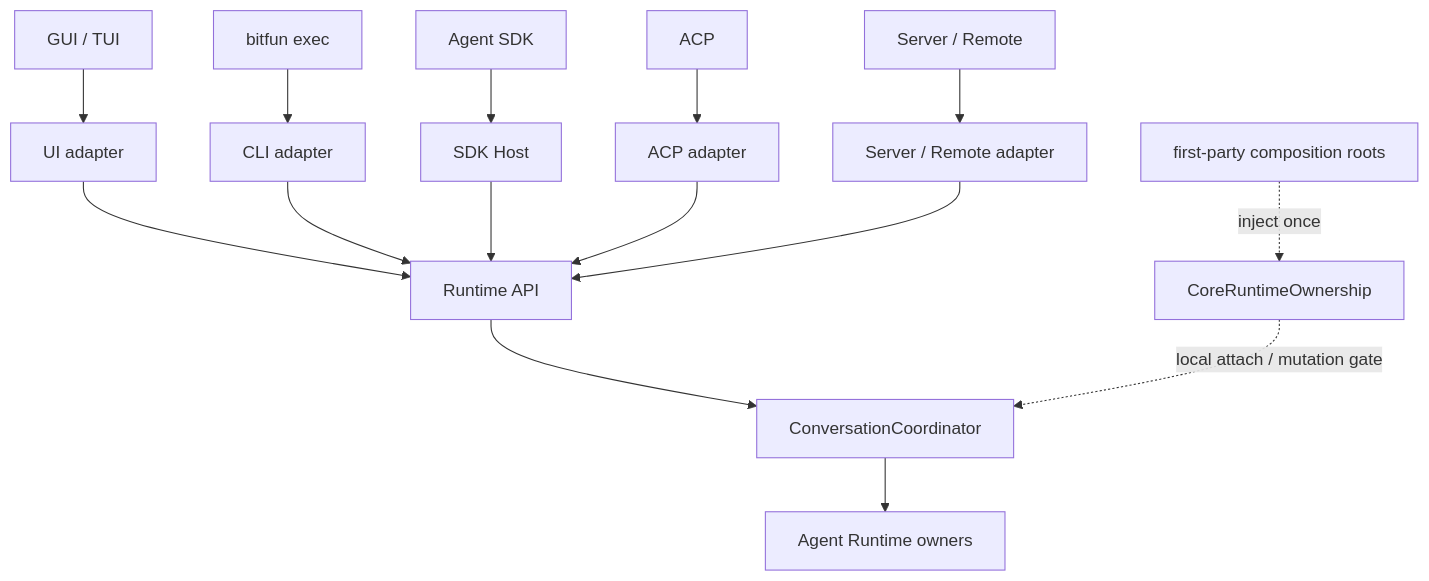
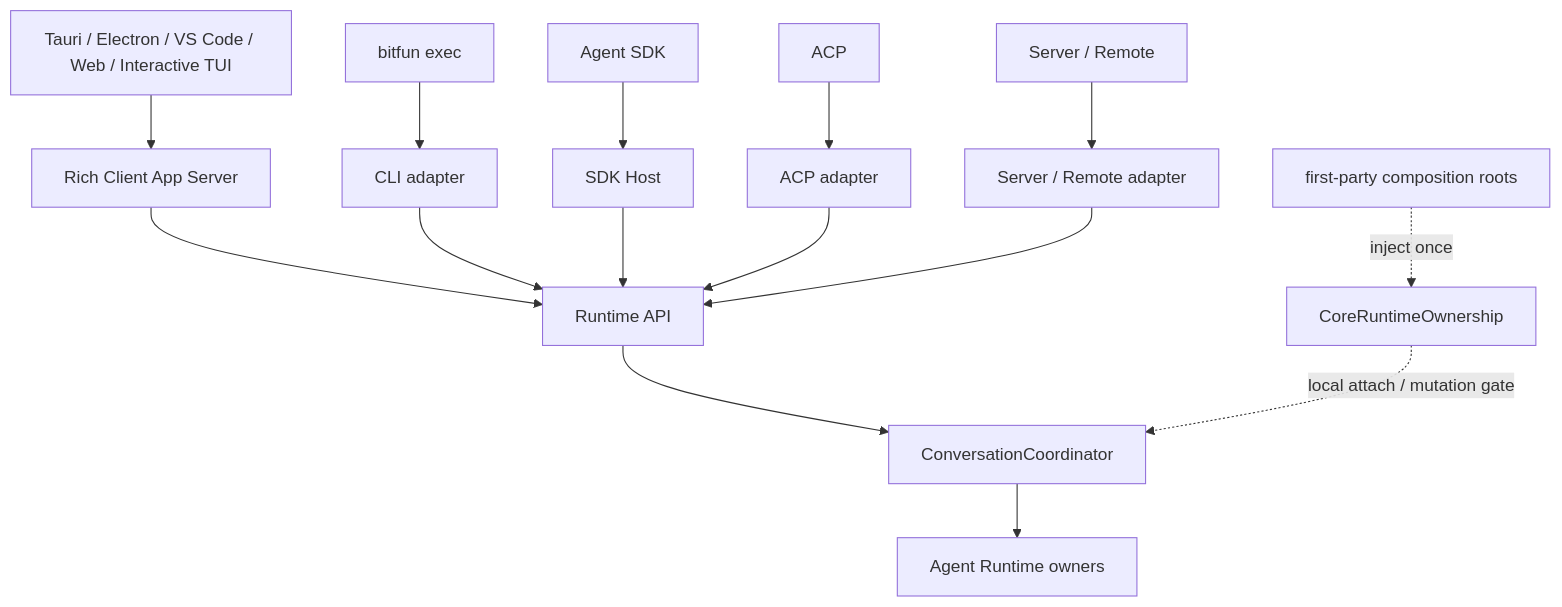
Before and after one commit to GCWing/BitFun: the fourth of 11 diagrams in docs/architecture/agent-sdk-product-architecture.md, drawn with Mermaid. The commit also changed other lines of this file and 15 other files, not shown here.

Commit message:
feat(doct): add app server design

````diff
--- a/docs/architecture/agent-sdk-product-architecture.md
+++ b/docs/architecture/agent-sdk-product-architecture.md
@@ -173,18 +176,18 @@
 ```mermaid
 flowchart TB
-  GUI["GUI / TUI"] --> UIA["UI adapter"]
+  GUI["Tauri / Electron / VS Code / Web / Interactive TUI"] --> App["Rich Client App Server"]
   CLI["bitfun exec"] --> CLIA["CLI adapter"]
   SDK["Agent SDK"] --> SDKA["SDK Host"]
   ACP["ACP"] --> ACPA["ACP adapter"]
   Server["Server / Remote"] --> RemoteA["Server / Remote adapter"]
-  UIA --> API["Runtime API"]
+  App --> API["Runtime API"]
   CLIA --> API
   SDKA --> API
   ACPA --> API["Runtime API"]
   RemoteA --> API
   API --> Coordinator["ConversationCoordinator"]
   Coordinator --> Runtime["Agent Runtime owners"]
 
   Composition["first-party composition roots"] -. "inject once" .-> Ownership["CoreRuntimeOwnership"]
   Ownership -. "local attach / mutation gate" .-> Coordinator
 ```
````
